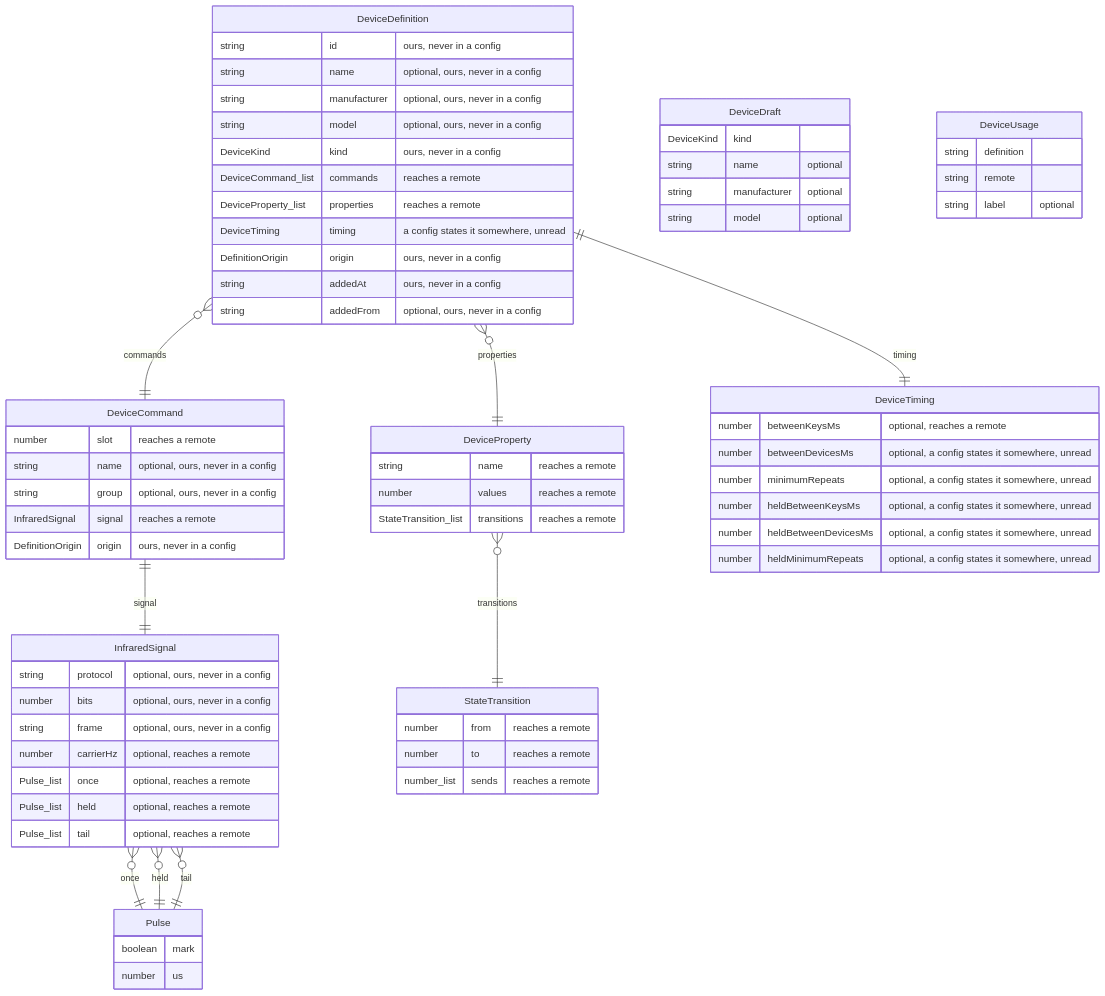
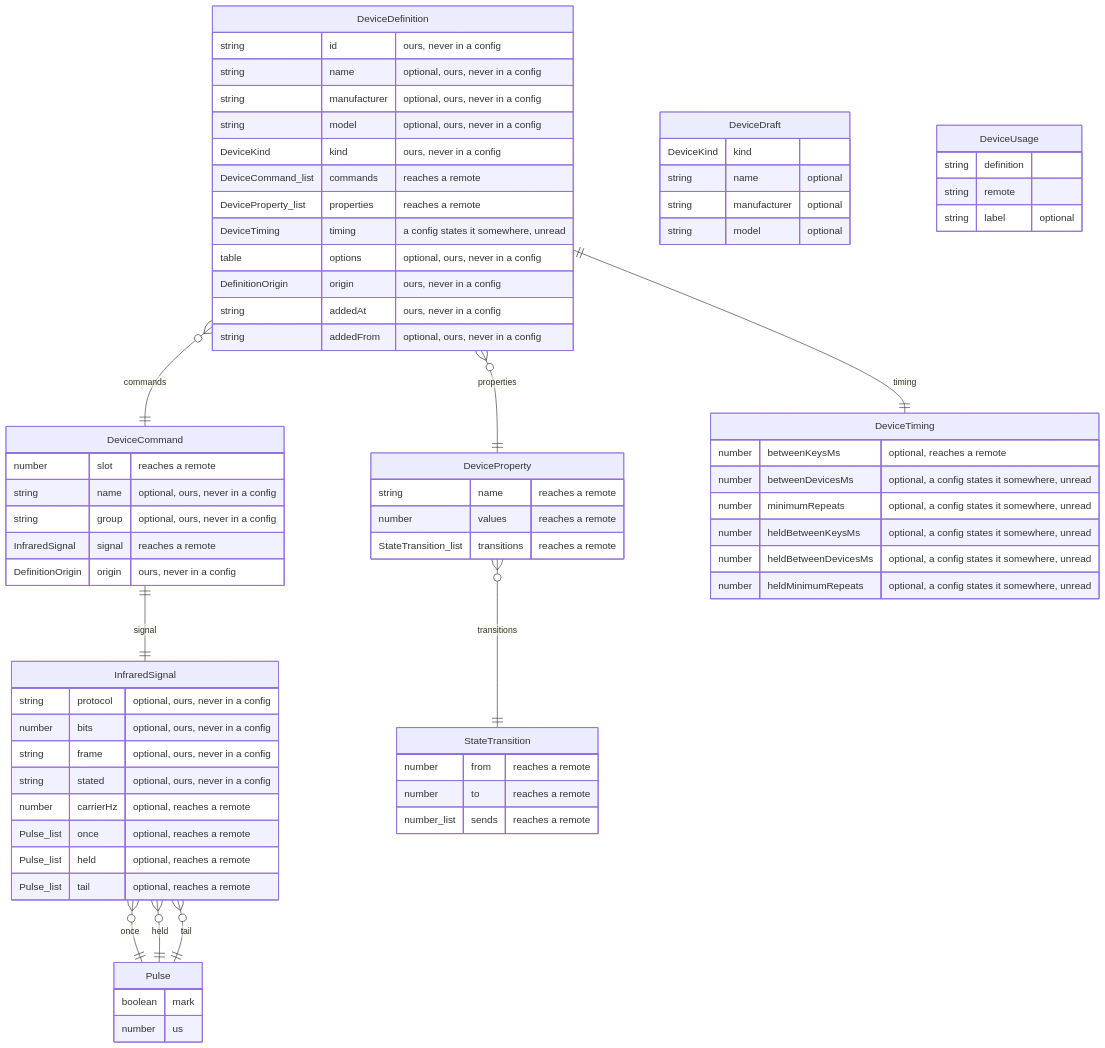
The second of 2 diagrams in docs/data-model.md (dannybloe/FreeHarmony), drawn with Mermaid before and after one commit. The commit also changed 11 other files, not shown here.

````diff
--- a/docs/data-model.md
+++ b/docs/data-model.md
@@ -167,73 +167,75 @@
 ```mermaid
 erDiagram
   Pulse {
     boolean mark
     number us
   }
   InfraredSignal {
     string protocol "optional, ours, never in a config"
     number bits "optional, ours, never in a config"
     string frame "optional, ours, never in a config"
+    string stated "optional, ours, never in a config"
     number carrierHz "optional, reaches a remote"
     Pulse_list once "optional, reaches a remote"
     Pulse_list held "optional, reaches a remote"
     Pulse_list tail "optional, reaches a remote"
   }
   DeviceCommand {
     number slot "reaches a remote"
     string name "optional, ours, never in a config"
     string group "optional, ours, never in a config"
     InfraredSignal signal "reaches a remote"
     DefinitionOrigin origin "ours, never in a config"
   }
   StateTransition {
     number from "reaches a remote"
     number to "reaches a remote"
     number_list sends "reaches a remote"
   }
   DeviceProperty {
     string name "reaches a remote"
     number values "reaches a remote"
     StateTransition_list transitions "reaches a remote"
   }
   DeviceTiming {
     number betweenKeysMs "optional, reaches a remote"
     number betweenDevicesMs "optional, a config states it somewhere, unread"
     number minimumRepeats "optional, a config states it somewhere, unread"
     number heldBetweenKeysMs "optional, a config states it somewhere, unread"
     number heldBetweenDevicesMs "optional, a config states it somewhere, unread"
     number heldMinimumRepeats "optional, a config states it somewhere, unread"
   }
   DeviceDefinition {
     string id "ours, never in a config"
     string name "optional, ours, never in a config"
     string manufacturer "optional, ours, never in a config"
     string model "optional, ours, never in a config"
     DeviceKind kind "ours, never in a config"
     DeviceCommand_list commands "reaches a remote"
     DeviceProperty_list properties "reaches a remote"
     DeviceTiming timing "a config states it somewhere, unread"
+    table options "optional, ours, never in a config"
     DefinitionOrigin origin "ours, never in a config"
     string addedAt "ours, never in a config"
     string addedFrom "optional, ours, never in a config"
   }
   DeviceDraft {
     DeviceKind kind
     string name "optional"
     string manufacturer "optional"
     string model "optional"
   }
   DeviceUsage {
     string definition
     string remote
     string label "optional"
   }
   InfraredSignal }o--|| Pulse : once
   InfraredSignal }o--|| Pulse : held
   InfraredSignal }o--|| Pulse : tail
   DeviceCommand ||--|| InfraredSignal : signal
   DeviceProperty }o--|| StateTransition : transitions
   DeviceDefinition }o--|| DeviceCommand : commands
   DeviceDefinition }o--|| DeviceProperty : properties
   DeviceDefinition ||--|| DeviceTiming : timing
 ```
````
